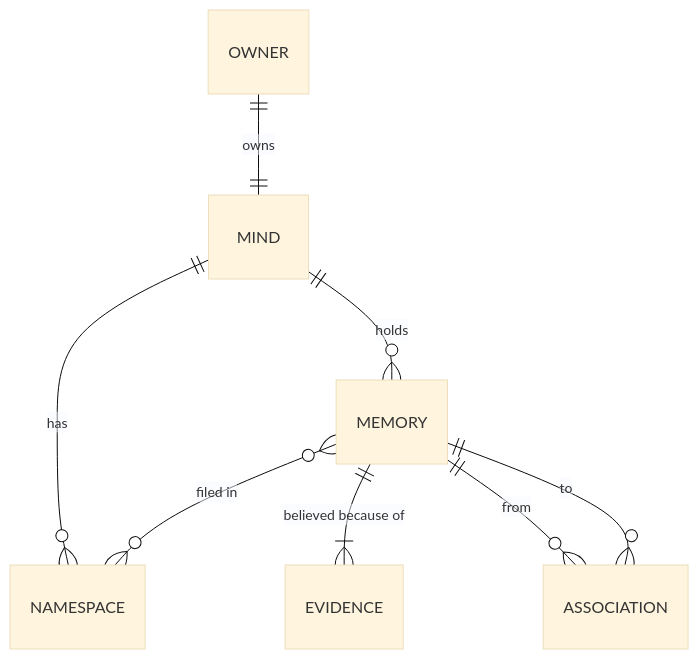
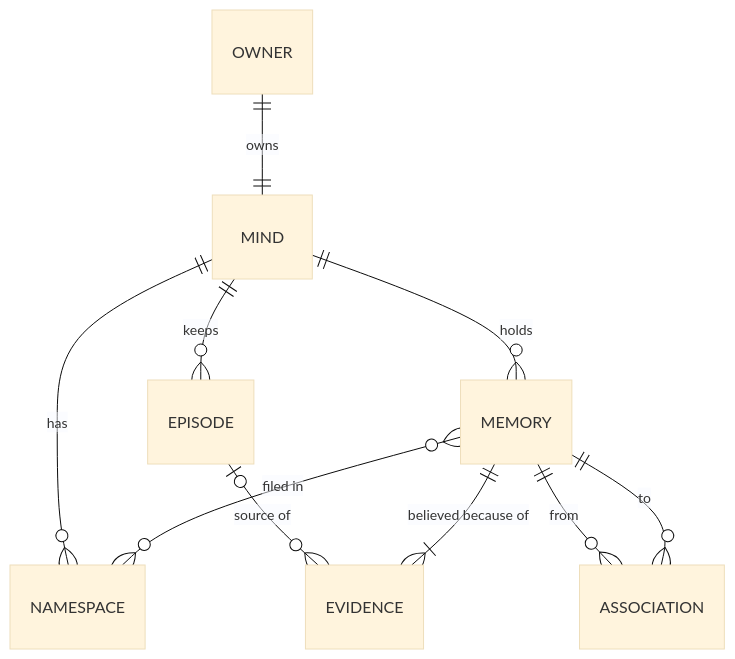
The diagram in docs/primitives/MIND.md (willregelmann/tapestry), drawn with Mermaid (base theme) before and after one commit. The commit also changed other lines of this file and 11 other files, not shown here.

````diff
--- a/docs/primitives/MIND.md
+++ b/docs/primitives/MIND.md
@@ -5,10 +5,12 @@
 ```mermaid
 erDiagram
     OWNER ||--|| MIND : "owns"
     MIND ||--o{ NAMESPACE : "has"
     MIND ||--o{ MEMORY : "holds"
+    MIND ||--o{ EPISODE : "keeps"
+    EPISODE |o--o{ EVIDENCE : "source of"
     MEMORY }o--o{ NAMESPACE : "filed in"
     MEMORY ||--|{ EVIDENCE : "believed because of"
     MEMORY ||--o{ ASSOCIATION : "from"
     ASSOCIATION }o--|| MEMORY : "to"
 ```
````
